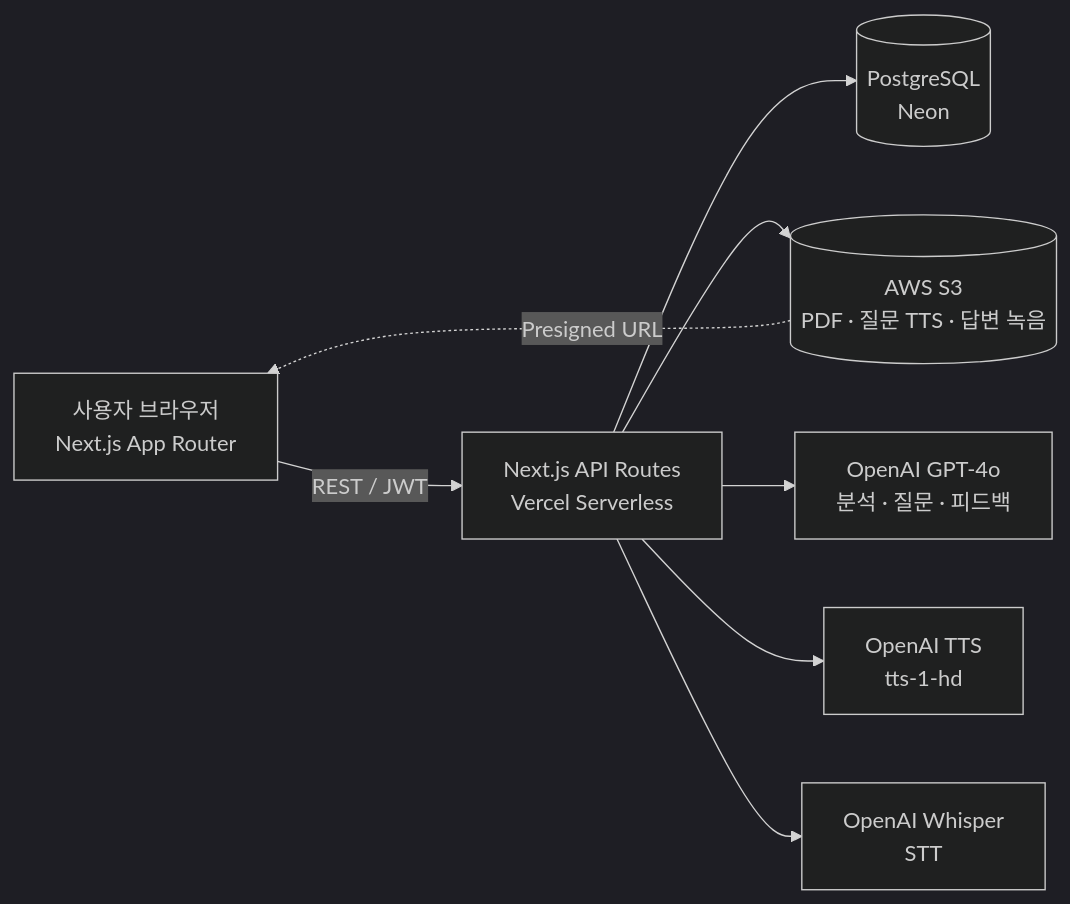
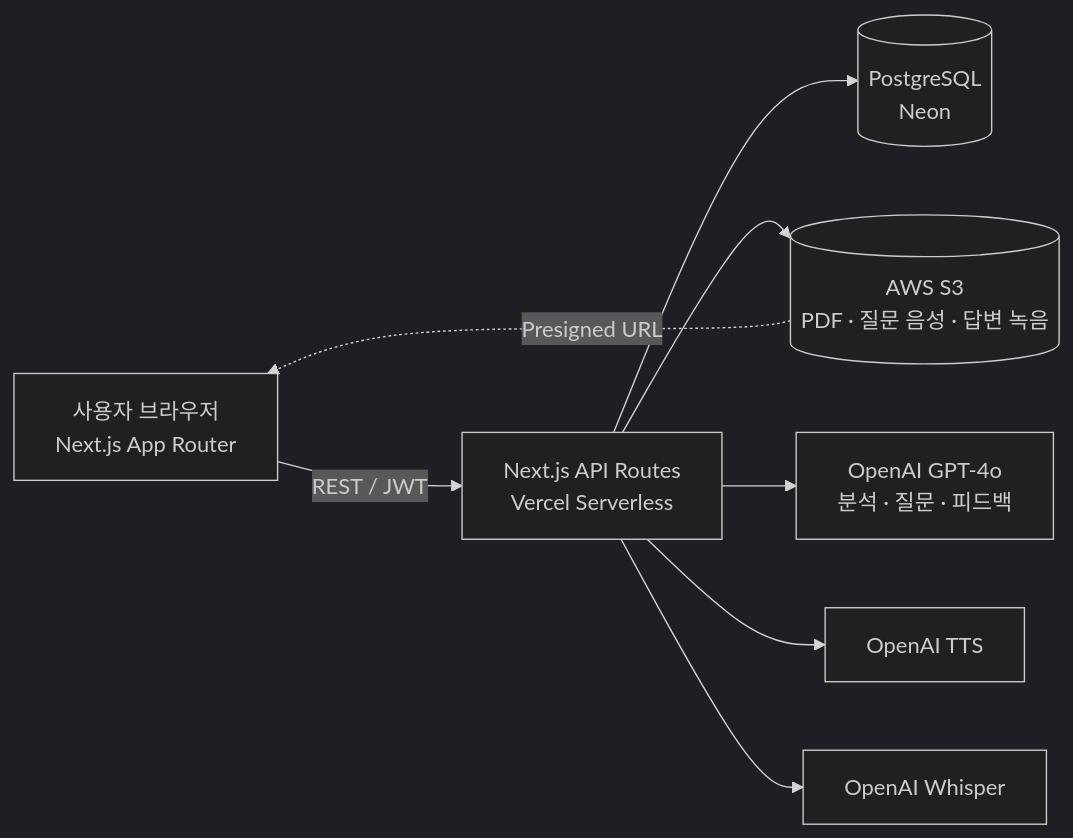
Before and after one commit to SunWoo1213/Mock_interview: the diagram in README.md, drawn with Mermaid (dark theme). The commit also changed other lines of this file, not shown here.

````diff
--- a/README.md
+++ b/README.md
@@ -43,10 +44,10 @@
 ```mermaid
 flowchart LR
     U[사용자 브라우저<br/>Next.js App Router] -->|REST / JWT| API[Next.js API Routes<br/>Vercel Serverless]
     API --> DB[(PostgreSQL<br/>Neon)]
-    API --> S3[(AWS S3<br/>PDF · 질문 TTS · 답변 녹음)]
+    API --> S3[(AWS S3<br/>PDF · 질문 음성 · 답변 녹음)]
     API --> GPT[OpenAI GPT-4o<br/>분석 · 질문 · 피드백]
-    API --> TTS[OpenAI TTS<br/>tts-1-hd]
-    API --> STT[OpenAI Whisper<br/>STT]
+    API --> TTS[OpenAI TTS]
+    API --> STT[OpenAI Whisper]
     S3 -. Presigned URL .-> U
 ```
````
